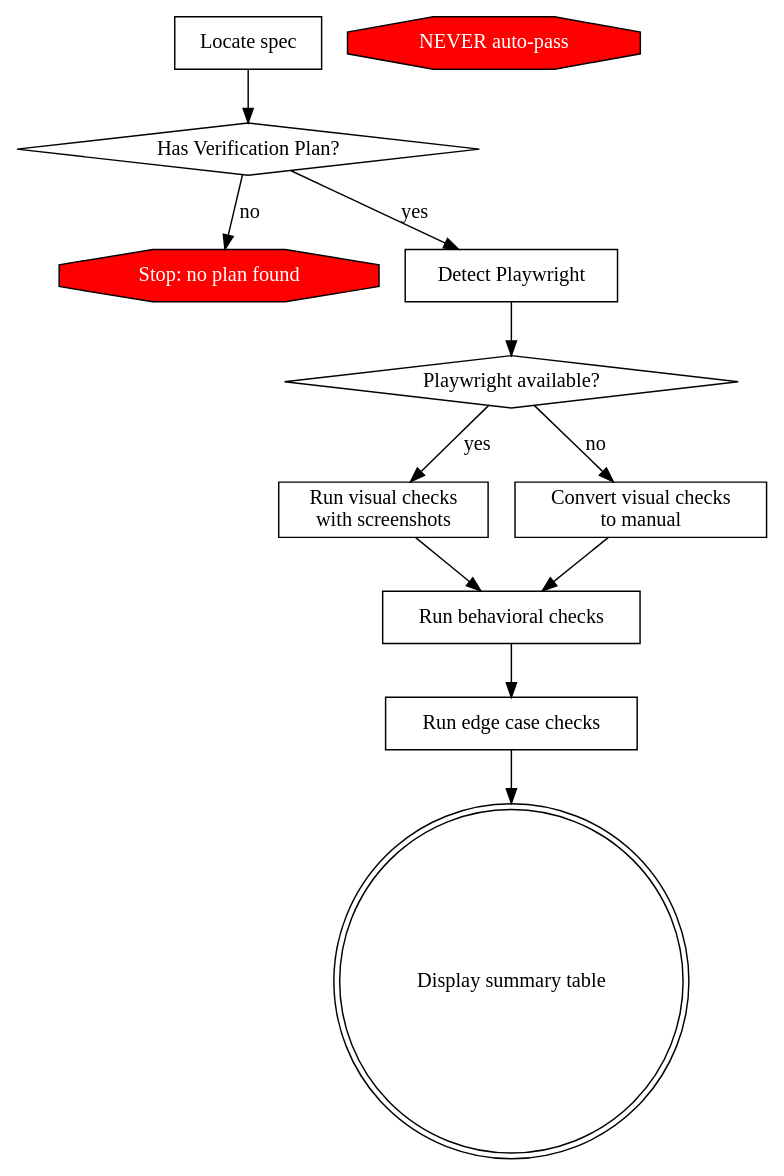
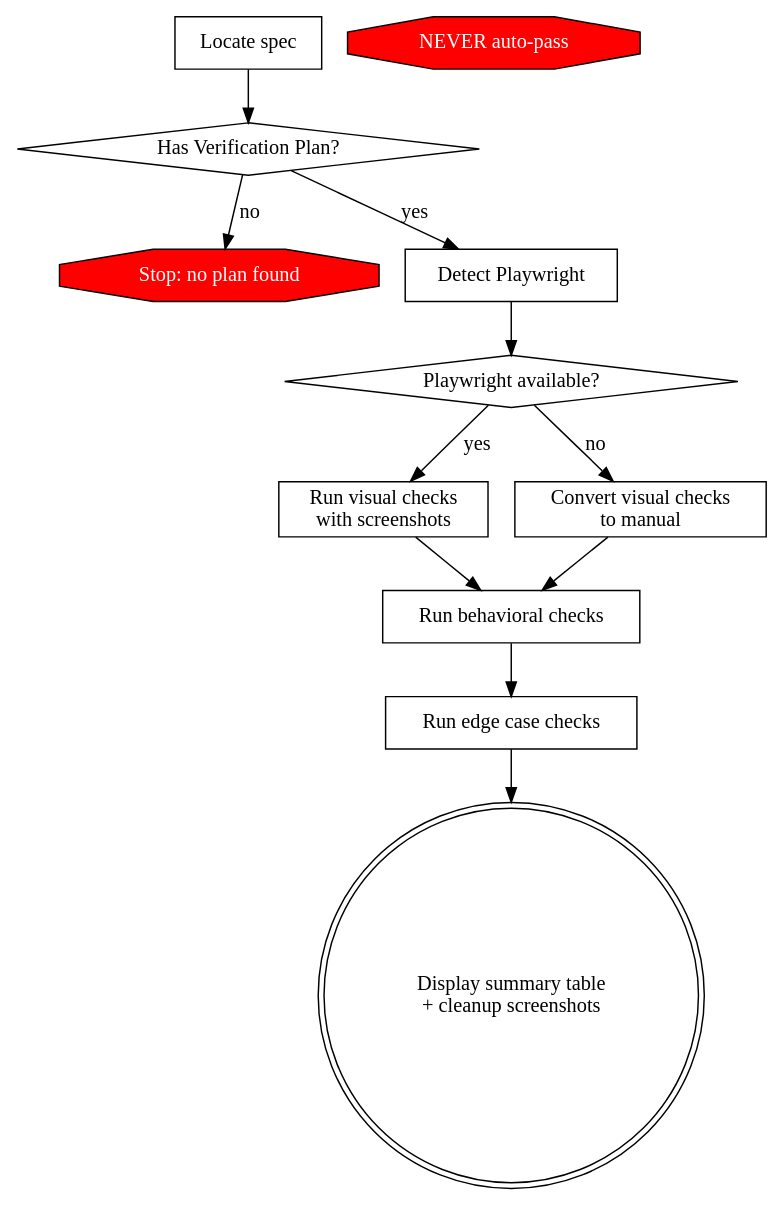
One commit to varn0/devflow changed the diagram in skills/verify-spec/SKILL.md. Above: the diagram before and after it, drawn with Graphviz. The commit also changed other lines of this file, not shown here.

````diff
--- a/skills/verify-spec/SKILL.md
+++ b/skills/verify-spec/SKILL.md
@@ -12,26 +12,26 @@
 ```dot
 digraph verify {
     "Locate spec" [shape=box];
     "Has Verification Plan?" [shape=diamond];
     "Stop: no plan found" [shape=octagon, style=filled, fillcolor=red, fontcolor=white];
     "Detect Playwright" [shape=box];
     "Playwright available?" [shape=diamond];
     "Run visual checks\nwith screenshots" [shape=box];
     "Convert visual checks\nto manual" [shape=box];
     "Run behavioral checks" [shape=box];
     "Run edge case checks" [shape=box];
     "NEVER auto-pass" [shape=octagon, style=filled, fillcolor=red, fontcolor=white];
-    "Display summary table" [shape=doublecircle];
+    "Display summary table\n+ cleanup screenshots" [shape=doublecircle];
 
     "Locate spec" -> "Has Verification Plan?";
     "Has Verification Plan?" -> "Stop: no plan found" [label="no"];
     "Has Verification Plan?" -> "Detect Playwright" [label="yes"];
     "Detect Playwright" -> "Playwright available?";
     "Playwright available?" -> "Run visual checks\nwith screenshots" [label="yes"];
     "Playwright available?" -> "Convert visual checks\nto manual" [label="no"];
     "Run visual checks\nwith screenshots" -> "Run behavioral checks";
     "Convert visual checks\nto manual" -> "Run behavioral checks";
     "Run behavioral checks" -> "Run edge case checks";
-    "Run edge case checks" -> "Display summary table";
+    "Run edge case checks" -> "Display summary table\n+ cleanup screenshots";
 }
 ```
````
